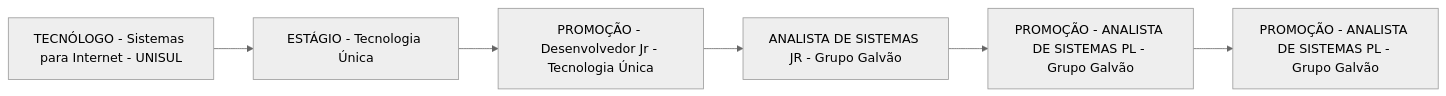
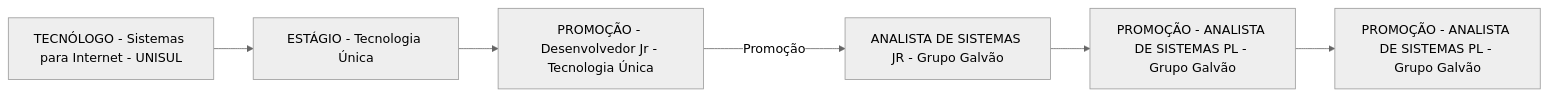
The diagram in Advanced-Business-Development-with-.NET/1º-Semestre/Aula-01-%2D-Introdução-e-Apresentação/Apresentação-do-Professor.md (rafsp/Graduacao_FIAP), drawn with Mermaid (neutral theme) before and after one commit.

Commit message:
Updated Apresentação do Professor

```diff
--- a/Advanced-Business-Development-with-.NET/1º-Semestre/Aula-01-%2D-Introdução-e-Apresentação/Apresentação-do-Professor.md
+++ b/Advanced-Business-Development-with-.NET/1º-Semestre/Aula-01-%2D-Introdução-e-Apresentação/Apresentação-do-Professor.md
@@ -1,14 +1,14 @@
 ::: mermaid
 flowchart LR;
 a[TECNÓLOGO - Sistemas para Internet - UNISUL];
 b[ESTÁGIO - Tecnologia Única];
 c[PROMOÇÃO - Desenvolvedor Jr - Tecnologia Única];
 d[ANALISTA DE SISTEMAS JR - Grupo Galvão];
 e[PROMOÇÃO - ANALISTA DE SISTEMAS PL - Grupo Galvão];
 f[PROMOÇÃO - ANALISTA DE SISTEMAS PL - Grupo Galvão];
 a-->b;
 b-->c;
-c-->d;
+c-- Promoção --->d;
 d-->e;
 e-->f;
 :::
```
